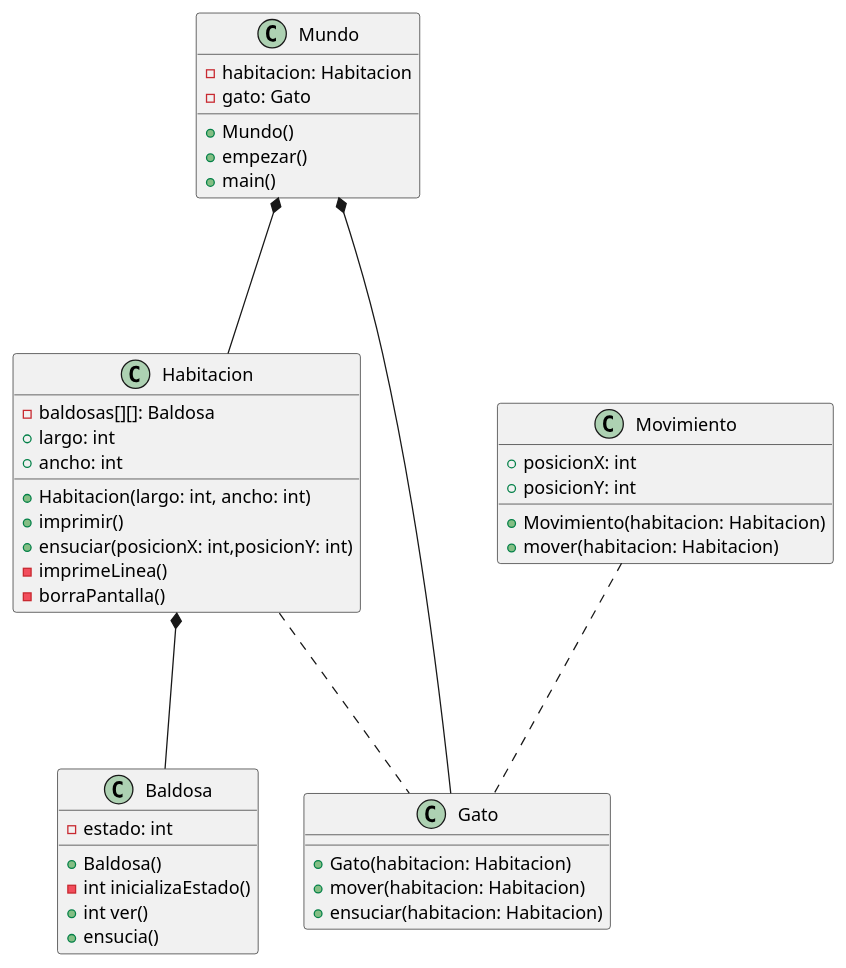
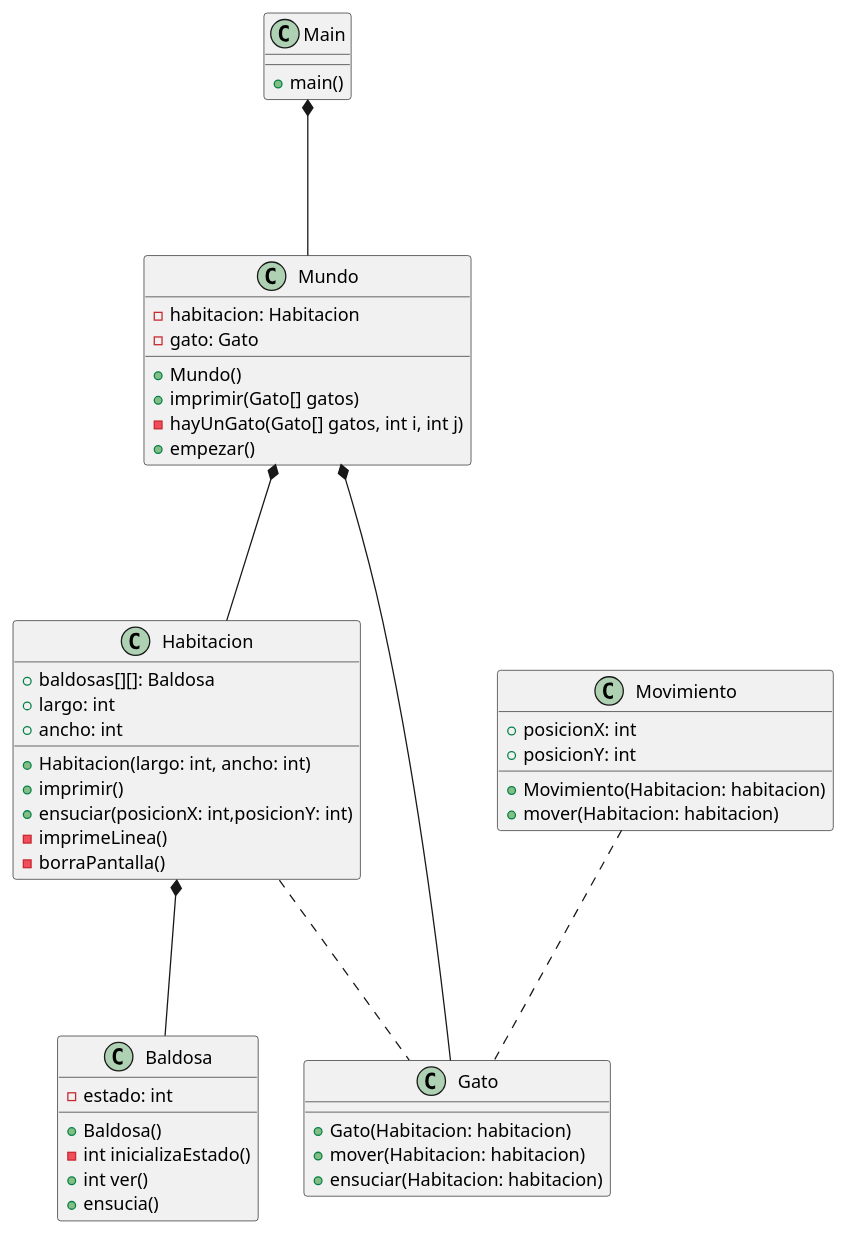
The diagram in modelosUML/diagrama001.puml (mmasias/theWorld), drawn with PlantUML before and after one commit. The commit also changed 4 other files, not shown here.

```diff
--- a/modelosUML/diagrama001.puml
+++ b/modelosUML/diagrama001.puml
@@ -1,49 +1,54 @@
 @startuml
+
+class Main {
+    + main()
+}
 
 class Mundo{
     - habitacion: Habitacion
     - gato: Gato 
     + Mundo()
+    + imprimir(Gato[] gatos)
+    - hayUnGato(Gato[] gatos, int i, int j)
     + empezar()
-    + main()
 }
 
 class Habitacion {
-    - baldosas[][]: Baldosa
+    + baldosas[][]: Baldosa
     + largo: int
     + ancho: int
-    +Habitacion(largo: int, ancho: int)
-    +imprimir()
-    +ensuciar(posicionX: int,posicionY: int)
-    -imprimeLinea()
-    -borraPantalla()
+    + Habitacion(largo: int, ancho: int)
+    + imprimir()
+    + ensuciar(posicionX: int,posicionY: int)
+    - imprimeLinea()
+    - borraPantalla()
 }
 
 class Baldosa{
     - estado: int
     + Baldosa()
     - int inicializaEstado()
     + int ver()
     + ensucia()
 }
 
 class Gato{
-    + Gato(habitacion: Habitacion)
-    + mover(habitacion: Habitacion)
-    + ensuciar(habitacion: Habitacion)
+    + Gato(Habitacion: habitacion)
+    + mover(Habitacion: habitacion)
+    + ensuciar(Habitacion: habitacion)
 }
 
 class Movimiento {
     + posicionX: int
     + posicionY: int
-    + Movimiento(habitacion: Habitacion)
-    + mover(habitacion: Habitacion)
+    + Movimiento(Habitacion: habitacion)
+    + mover(Habitacion: habitacion)
 }
 
-
+Main *--- Mundo
 Mundo *--- Habitacion
 Mundo *--- Gato
 Habitacion *--- Baldosa 
 Habitacion ... Gato
 Movimiento ... Gato
 @enduml
```
